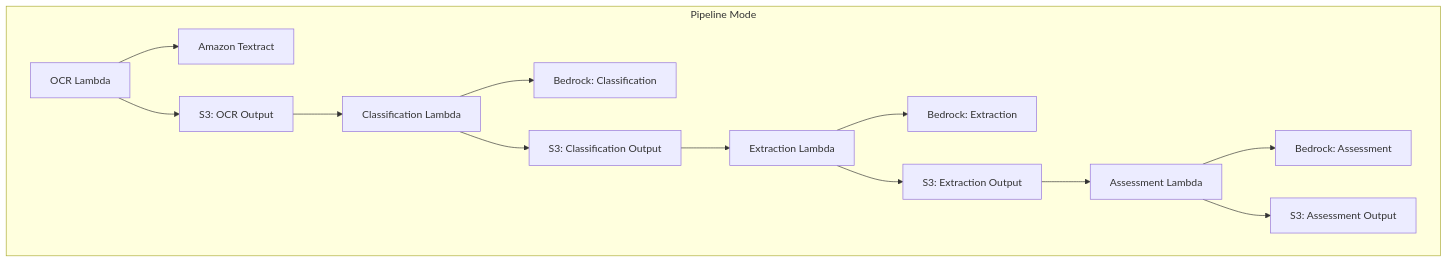
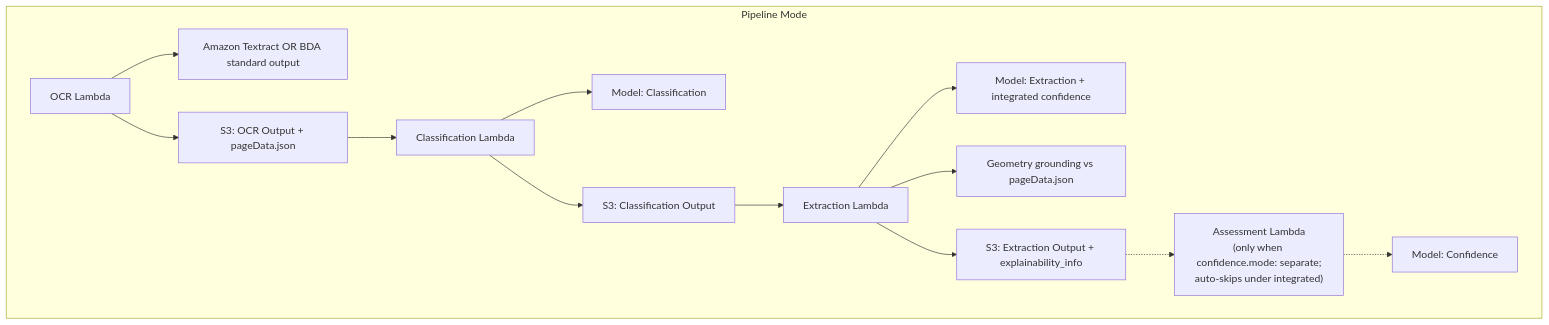
Before and after one commit to aws-samples/sample-genai-idp: the diagram in security/threat-modeling/architecture/pipeline-mode.md, drawn with Mermaid. The commit also changed other lines of this file and 26 other files, not shown here.

````diff
--- a/security/threat-modeling/architecture/pipeline-mode.md
+++ b/security/threat-modeling/architecture/pipeline-mode.md
@@ -18,20 +26,20 @@
 ```mermaid
 flowchart TD
     subgraph Pipeline Mode
-        OCR[OCR Lambda] --> Textract[Amazon Textract]
-        OCR --> S3OCR[S3: OCR Output]
-        
-        Class[Classification Lambda] --> BedrockC[Bedrock: Classification]
+        OCR[OCR Lambda] --> Textract[Amazon Textract OR BDA standard output]
+        OCR --> S3OCR[S3: OCR Output + pageData.json]
+
+        Class[Classification Lambda] --> BedrockC[Model: Classification]
         Class --> S3Class[S3: Classification Output]
-        
-        Extract[Extraction Lambda] --> BedrockE[Bedrock: Extraction]
-        Extract --> S3Extract[S3: Extraction Output]
-        
-        Assess[Assessment Lambda] --> BedrockA[Bedrock: Assessment]
-        Assess --> S3Assess[S3: Assessment Output]
+
+        Extract[Extraction Lambda] --> BedrockE[Model: Extraction + integrated confidence]
+        Extract --> Ground[Geometry grounding vs pageData.json]
+        Extract --> S3Extract[S3: Extraction Output + explainability_info]
+
+        Assess["Assessment Lambda<br/>(only when confidence.mode: separate;<br/>auto-skips under integrated)"] -.-> BedrockA[Model: Confidence]
     end
 
     S3OCR --> Class
     S3Class --> Extract
-    S3Extract --> Assess
+    S3Extract -.-> Assess
 ```
````
